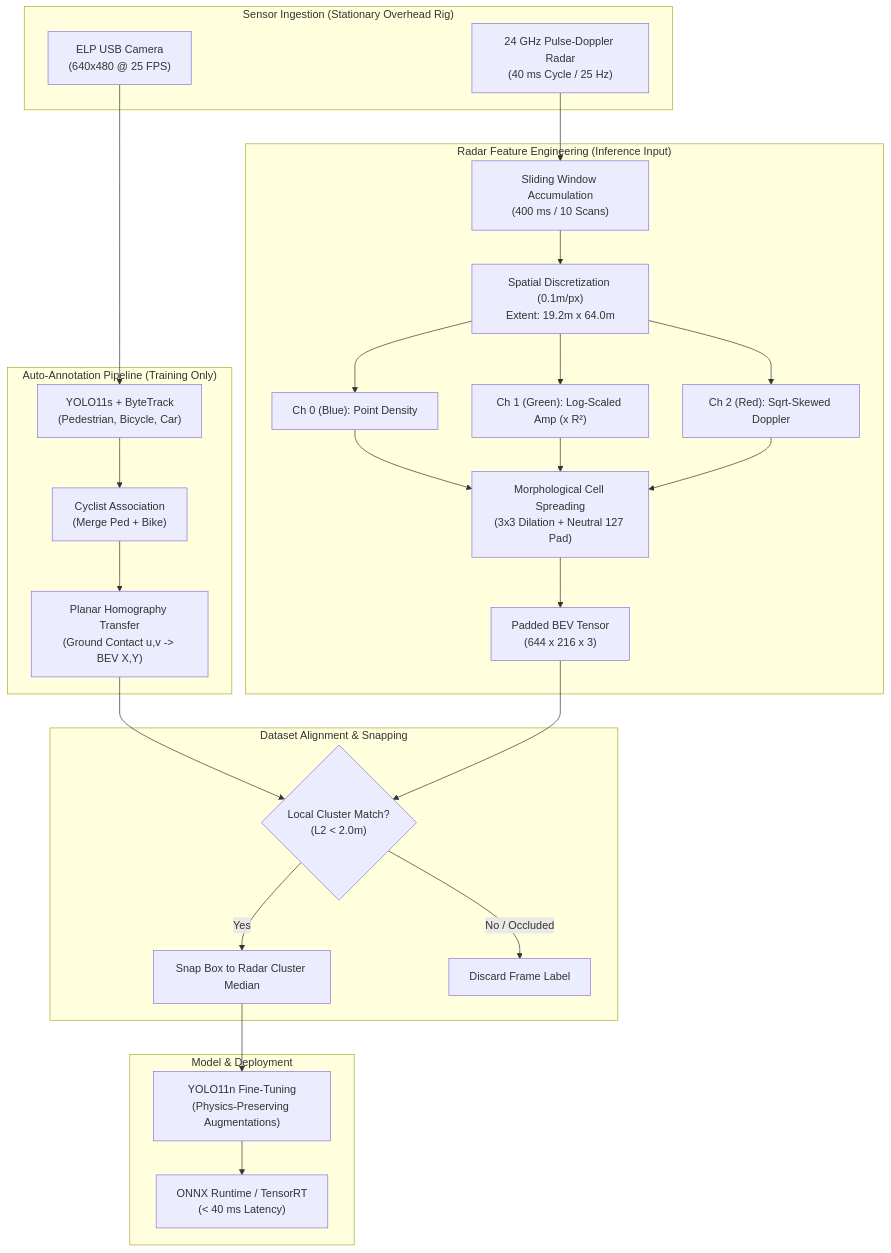
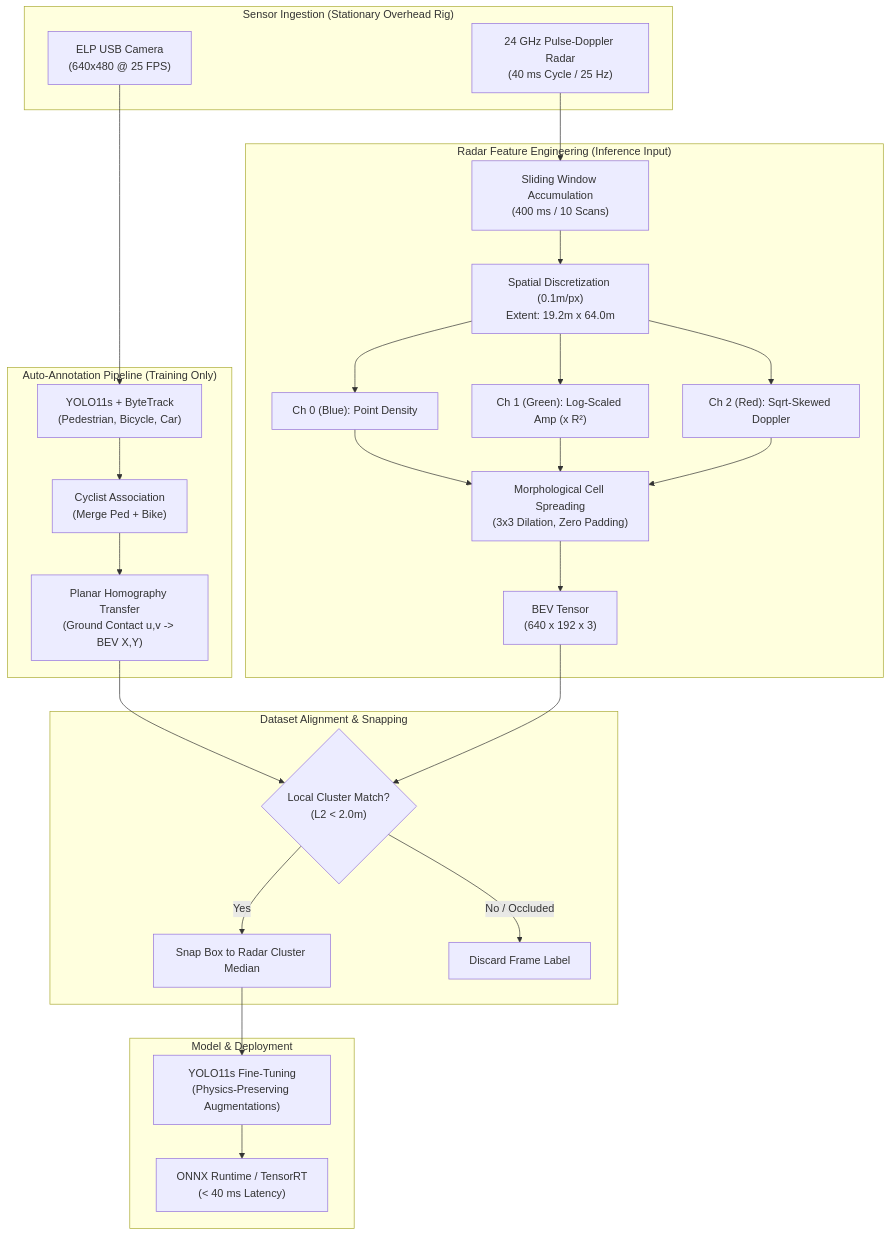
The diagram in README.md (palacsinta12/ai-traffic-radar), drawn with Mermaid before and after one commit. The commit also changed other lines of this file and 2 other files, not shown here.

````diff
--- a/README.md
+++ b/README.md
@@ -94,35 +94,35 @@
 ```mermaid
 flowchart TD
     subgraph SENSORS ["Sensor Ingestion (Stationary Overhead Rig)"]
         CAM["ELP USB Camera<br/>(640x480 @ 25 FPS)"]
         RADAR["24 GHz Pulse-Doppler Radar<br/>(40 ms Cycle / 25 Hz)"]
     end
 
     subgraph ANNOTATION ["Auto-Annotation Pipeline (Training Only)"]
         CAM --> YOLO_CAM["YOLO11s + ByteTrack<br/>(Pedestrian, Bicycle, Car)"]
         YOLO_CAM --> MERGE["Cyclist Association<br/>(Merge Ped + Bike)"]
         MERGE --> HOMOGRAPHY["Planar Homography Transfer<br/>(Ground Contact u,v -> BEV X,Y)"]
     end
 
     subgraph BEV_ENCODING ["Radar Feature Engineering (Inference Input)"]
         RADAR --> ACCUM["Sliding Window Accumulation<br/>(400 ms / 10 Scans)"]
         ACCUM --> GRID["Spatial Discretization (0.1m/px)<br/>Extent: 19.2m x 64.0m"]
         GRID --> CH0["Ch 0 (Blue): Point Density"]
         GRID --> CH1["Ch 1 (Green): Log-Scaled Amp (x R²)"]
         GRID --> CH2["Ch 2 (Red): Sqrt-Skewed Doppler"]
-        CH0 & CH1 & CH2 --> MORPH["Morphological Cell Spreading<br/>(3x3 Dilation + Neutral 127 Pad)"]
-        MORPH --> BEV_IMG["Padded BEV Tensor<br/>(644 x 216 x 3)"]
+        CH0 & CH1 & CH2 --> MORPH["Morphological Cell Spreading<br/>(3x3 Dilation, Zero Padding)"]
+        MORPH --> BEV_IMG["BEV Tensor<br/>(640 x 192 x 3)"]
     end
 
     subgraph REFINEMENT ["Dataset Alignment & Snapping"]
         HOMOGRAPHY --> SNAP{"Local Cluster Match?<br/>(L2 < 2.0m)"}
         BEV_IMG --> SNAP
         SNAP -->|Yes| CORR["Snap Box to Radar Cluster Median"]
         SNAP -->|No / Occluded| DROP["Discard Frame Label"]
     end
 
     subgraph INFERENCE ["Model & Deployment"]
-        CORR --> TRAIN["YOLO11n Fine-Tuning<br/>(Physics-Preserving Augmentations)"]
+        CORR --> TRAIN["YOLO11s Fine-Tuning<br/>(Physics-Preserving Augmentations)"]
         TRAIN --> ONNX["ONNX Runtime / TensorRT<br/>(< 40 ms Latency)"]
     end
 ```
````
